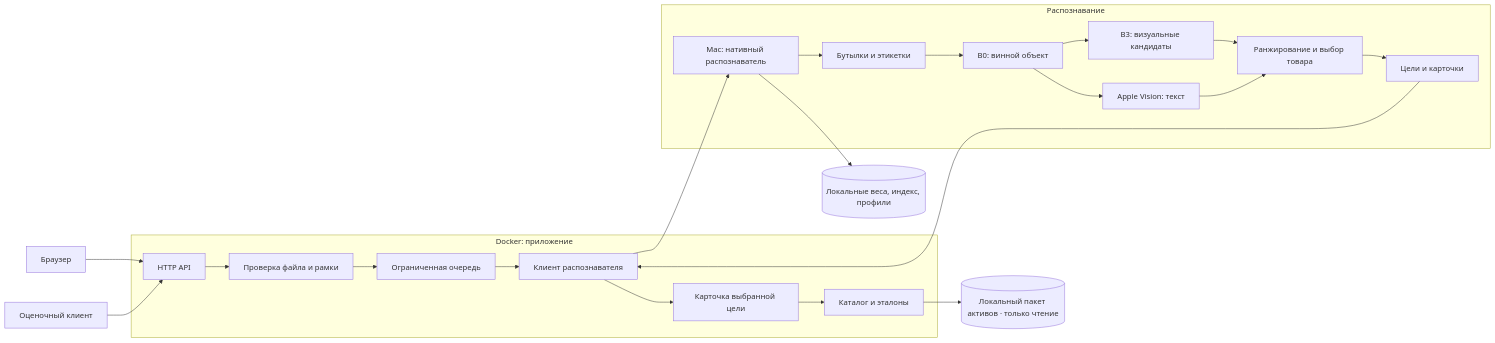
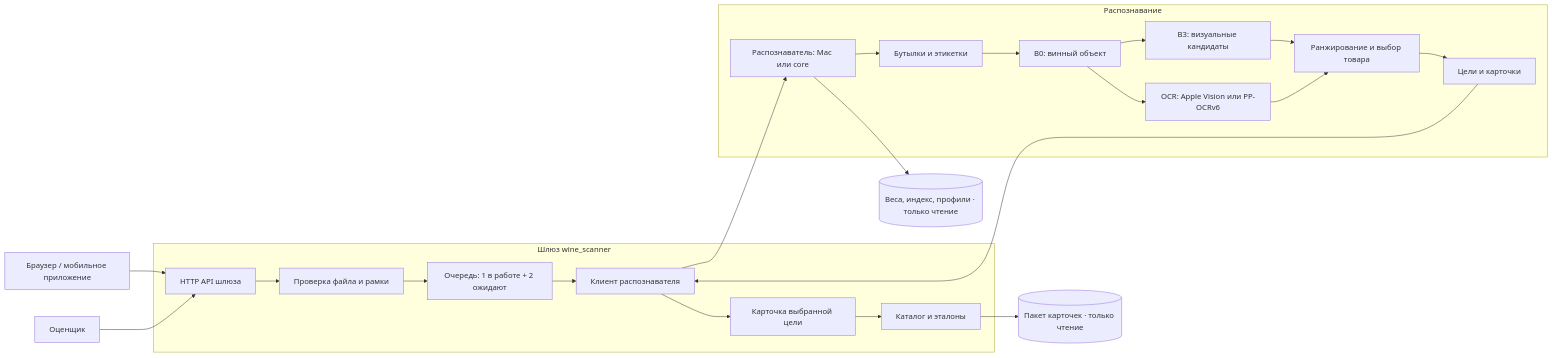
The diagram in ARCHITECTURE.md (AiweApps/rshb-wine-scanner), drawn with Mermaid before and after one commit. The commit also changed other lines of this file and 8 other files, not shown here.

````diff
--- a/ARCHITECTURE.md
+++ b/ARCHITECTURE.md
@@ -27,25 +23,25 @@
 ```mermaid
 flowchart LR
-    U[Браузер] --> H[HTTP API]
-    E[Оценочный клиент] --> H
-    subgraph APP[Docker: приложение]
+    U[Браузер / мобильное приложение] --> H[HTTP API шлюза]
+    E[Оценщик] --> H
+    subgraph APP[Шлюз wine_scanner]
         H --> V[Проверка файла и рамки]
-        V --> Q[Ограниченная очередь]
+        V --> Q[Очередь: 1 в работе + 2 ожидают]
         Q --> C[Клиент распознавателя]
         C --> S[Карточка выбранной цели]
         S --> K[Каталог и эталоны]
     end
-    K --> A[(Локальный пакет активов · только чтение)]
-    C --> M[Mac: нативный распознаватель]
+    K --> A[(Пакет карточек · только чтение)]
+    C --> M[Распознаватель: Mac или core]
     subgraph ML[Распознавание]
         M --> D[Бутылки и этикетки]
-        D --> O[B0: винной объект]
+        D --> O[B0: винный объект]
         O --> B[B3: визуальные кандидаты]
-        O --> T[Apple Vision: текст]
+        O --> T[OCR: Apple Vision или PP-OCRv6]
         B --> R[Ранжирование и выбор товара]
         T --> R
         R --> I[Цели и карточки]
     end
     I --> C
-    M --> W[(Локальные веса, индекс, профили)]
+    M --> W[(Веса, индекс, профили · только чтение)]
 ```
````
